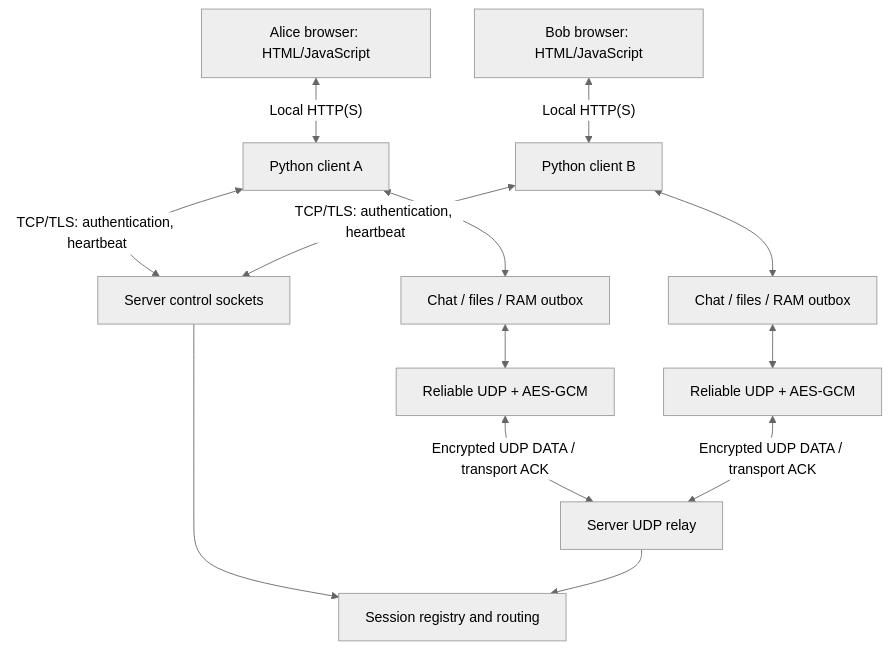
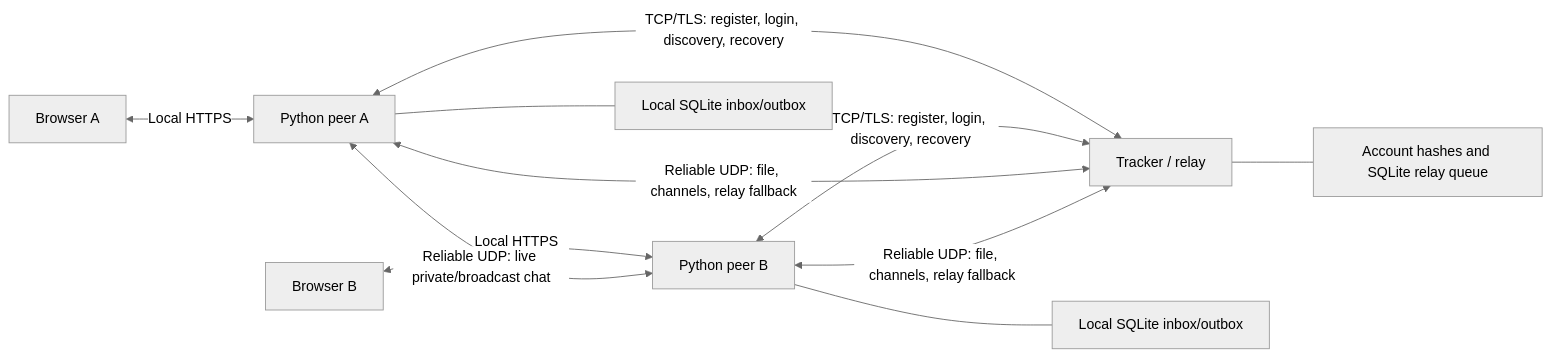
The diagram in docs/architecture.md (Qtryn/Computer_Network_ASS1), drawn with Mermaid (neutral theme) before and after one commit. The commit also changed other lines of this file and 28 other files, not shown here.

First line of the commit message:
feat: add durable chat and peer networking

````diff
--- a/docs/architecture.md
+++ b/docs/architecture.md
@@ -7,15 +3,13 @@
 ```mermaid
-flowchart TB
-    BrowserA["Alice browser: HTML/JavaScript"] <-->|"Local HTTP(S)"| ClientA[Python client A]
-    BrowserB["Bob browser: HTML/JavaScript"] <-->|"Local HTTP(S)"| ClientB[Python client B]
-    ClientA <-->|"TCP/TLS: authentication, heartbeat"| Control[Server control sockets]
-    ClientB <-->|"TCP/TLS: authentication, heartbeat"| Control
-    ClientA <--> FeaturesA[Chat / files / RAM outbox]
-    ClientB <--> FeaturesB[Chat / files / RAM outbox]
-    FeaturesA <--> TransportA[Reliable UDP + AES-GCM]
-    FeaturesB <--> TransportB[Reliable UDP + AES-GCM]
-    TransportA <-->|"Encrypted UDP DATA / transport ACK"| Relay[Server UDP relay]
-    TransportB <-->|"Encrypted UDP DATA / transport ACK"| Relay
-    Control --> Registry[Session registry and routing]
-    Relay --> Registry
+flowchart LR
+    BrowserA["Browser A"] <-->|"Local HTTPS"| A["Python peer A"]
+    BrowserB["Browser B"] <-->|"Local HTTPS"| B["Python peer B"]
+    A <-->|"TCP/TLS: register, login, discovery, recovery"| S["Tracker / relay"]
+    B <-->|"TCP/TLS: register, login, discovery, recovery"| S
+    A <-->|"Reliable UDP: live private/broadcast chat"| B
+    A <-->|"Reliable UDP: file, channels, relay fallback"| S
+    B <-->|"Reliable UDP: file, channels, relay fallback"| S
+    A --- DB1["Local SQLite inbox/outbox"]
+    B --- DB2["Local SQLite inbox/outbox"]
+    S --- DB3["Account hashes and SQLite relay queue"]
 ```
````
